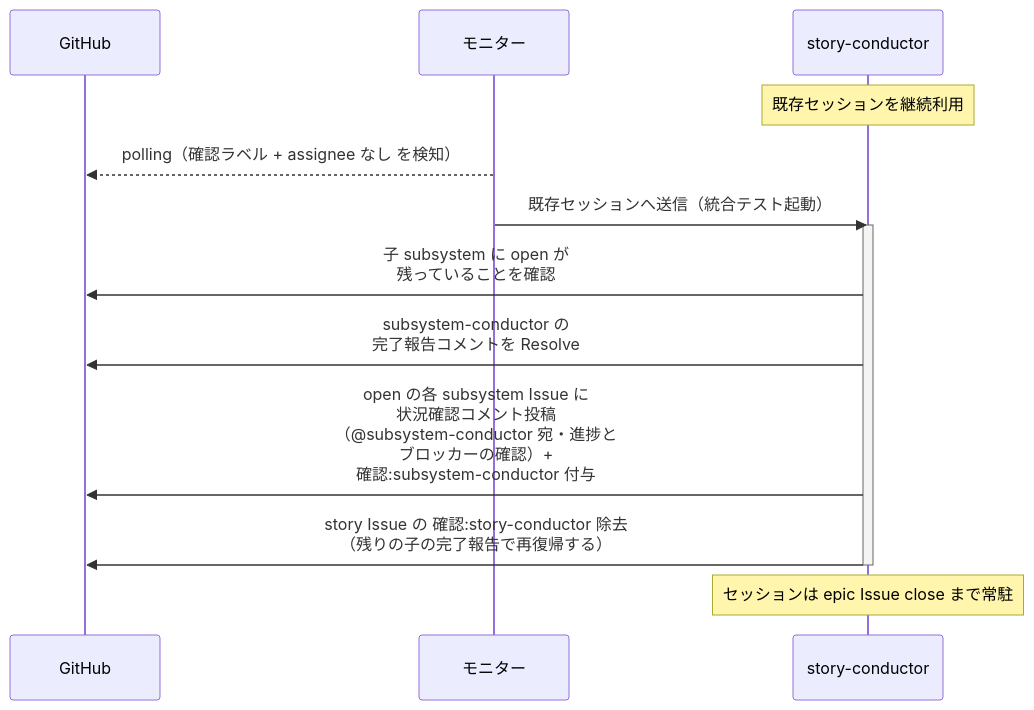
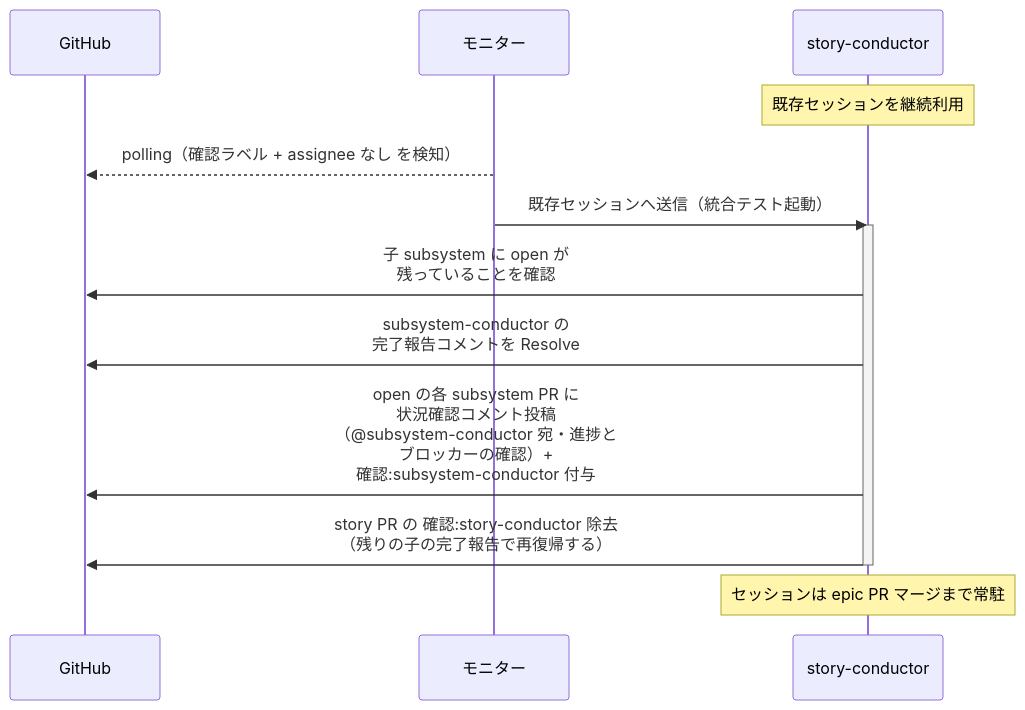
Before and after one commit to shuhei1101/ai-monitor: the second of 4 diagrams in docs/wiki/設計図/シナリオ/単一ユースケース/統合テスト起動.md, drawn with Mermaid. The commit also changed other lines of this file and 256 other files, not shown here.

````diff
--- a/docs/wiki/設計図/シナリオ/単一ユースケース/統合テスト起動.md
+++ b/docs/wiki/設計図/シナリオ/単一ユースケース/統合テスト起動.md
@@ -72,17 +72,17 @@
 ```mermaid
 sequenceDiagram
   participant GH as GitHub
   participant ORC as モニター
   participant MON as story-conductor
 
   Note over MON: 既存セッションを継続利用
   ORC-->>GH: polling（確認ラベル + assignee なし を検知）
   ORC->>MON: 既存セッションへ送信（統合テスト起動）
   activate MON
   MON->>GH: 子 subsystem に open が<br>残っていることを確認
   MON->>GH: subsystem-conductor の<br>完了報告コメントを Resolve
-  MON->>GH: open の各 subsystem Issue に<br>状況確認コメント投稿<br>（@subsystem-conductor 宛・進捗と<br>ブロッカーの確認）+<br>確認:subsystem-conductor 付与
-  MON->>GH: story Issue の 確認:story-conductor 除去<br>（残りの子の完了報告で再復帰する）
+  MON->>GH: open の各 subsystem PR に<br>状況確認コメント投稿<br>（@subsystem-conductor 宛・進捗と<br>ブロッカーの確認）+<br>確認:subsystem-conductor 付与
+  MON->>GH: story PR の 確認:story-conductor 除去<br>（残りの子の完了報告で再復帰する）
   deactivate MON
-  Note over MON: セッションは epic Issue close まで常駐
+  Note over MON: セッションは epic PR マージまで常駐
 ```
````
